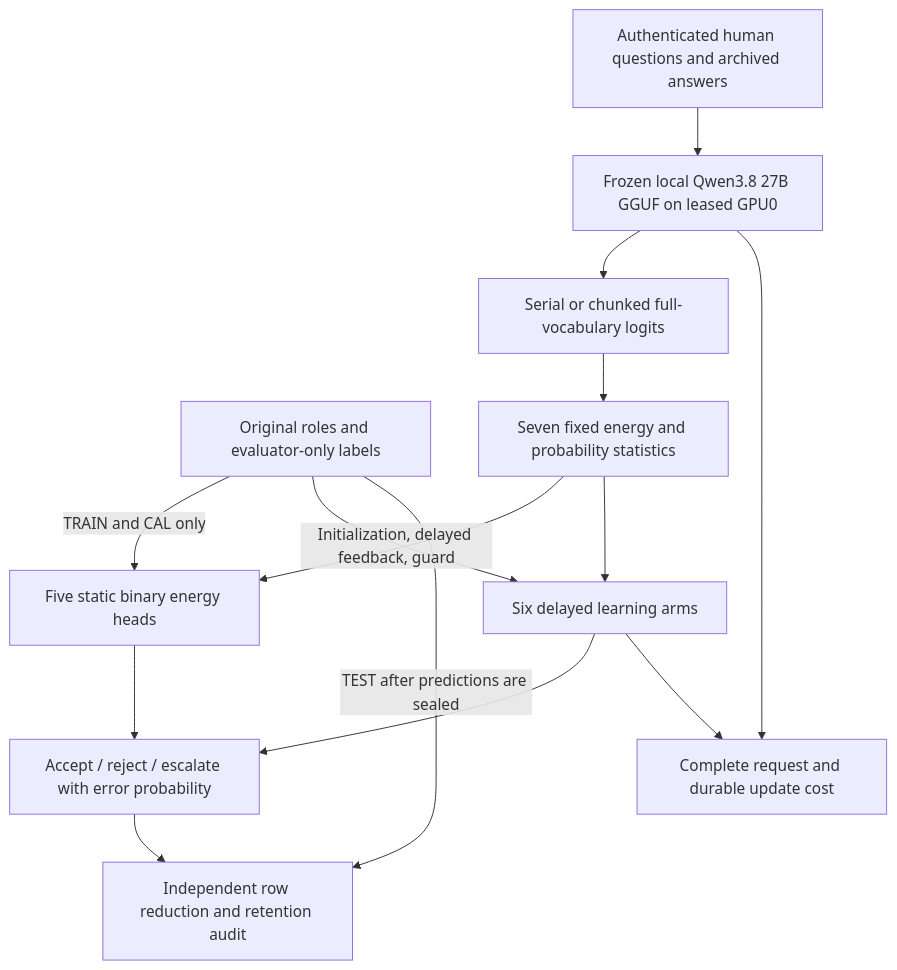
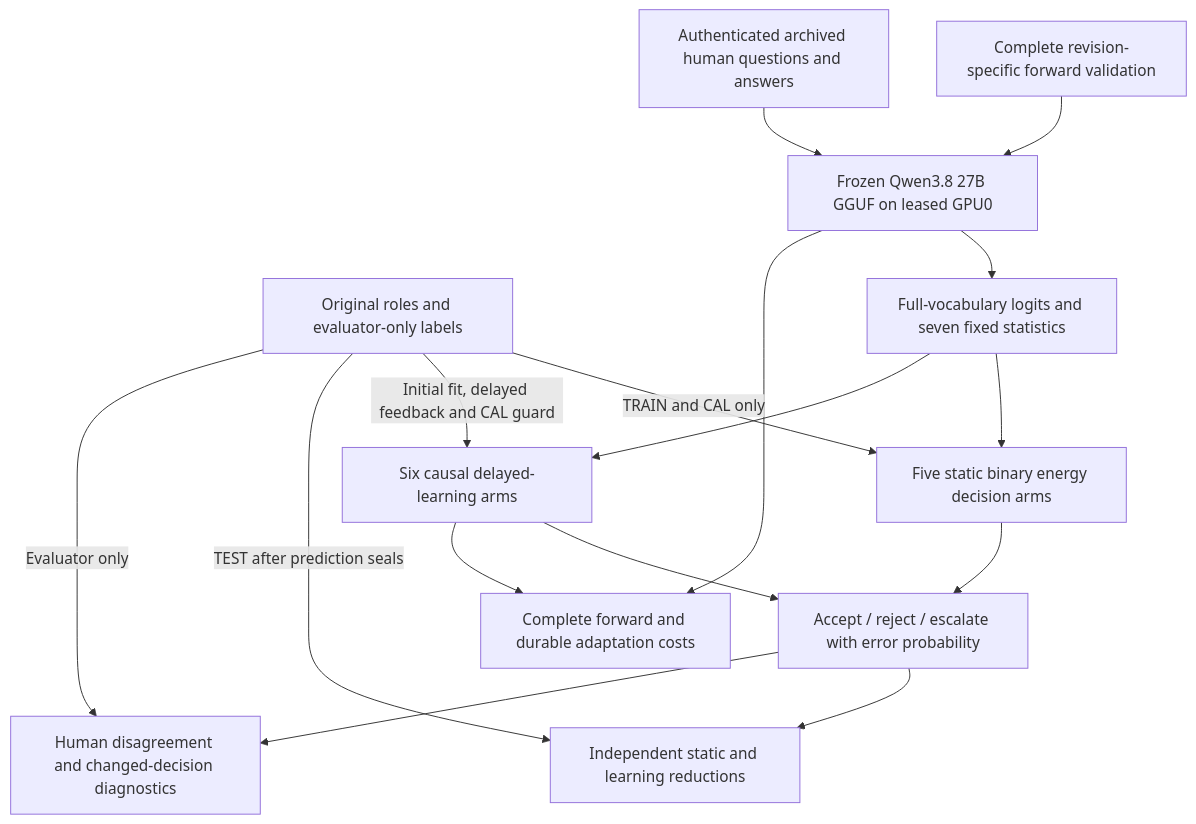
The first of 2 diagrams in openspec/change-proposals/research-roadmap-vNEXT.md (Carnot-EBM/carnot-ebm), drawn with Mermaid before and after one commit. The commit also changed other lines of this file and 19 other files, not shown here.

````diff
--- a/openspec/change-proposals/research-roadmap-vNEXT.md
+++ b/openspec/change-proposals/research-roadmap-vNEXT.md
@@ -72,22 +75,26 @@
 ```mermaid
 flowchart TD
-  H[Authenticated human questions and archived answers]
-  P[Original roles and evaluator-only labels]
-  Q[Frozen local Qwen3.8 27B GGUF on leased GPU0]
-  L[Serial or chunked full-vocabulary logits]
-  S[Seven fixed energy and probability statistics]
-  F[Five static binary energy heads]
-  U[Six delayed learning arms]
+  H[Authenticated archived human questions and answers]
+  R[Original roles and evaluator-only labels]
+  V[Complete revision-specific forward validation]
+  Q[Frozen Qwen3.8 27B GGUF on leased GPU0]
+  L[Full-vocabulary logits and seven fixed statistics]
+  S[Five static binary energy decision arms]
+  U[Six causal delayed-learning arms]
   D[Accept / reject / escalate with error probability]
-  A[Independent row reduction and retention audit]
-  C[Complete request and durable update cost]
-  H --> Q --> L --> S
-  S --> F --> D
-  S --> U --> D
-  P -->|TRAIN and CAL only| F
-  P -->|Initialization, delayed feedback, guard| U
-  P -->|TEST after predictions are sealed| A
+  A[Independent static and learning reductions]
+  X[Human disagreement and changed-decision diagnostics]
+  C[Complete forward and durable adaptation costs]
+  V --> Q
+  H --> Q --> L
+  L --> S --> D
+  L --> U --> D
+  R -->|TRAIN and CAL only| S
+  R -->|Initial fit, delayed feedback and CAL guard| U
+  R -->|TEST after prediction seals| A
+  R -->|Evaluator only| X
   D --> A
+  D --> X
   Q --> C
   U --> C
 ```
````
